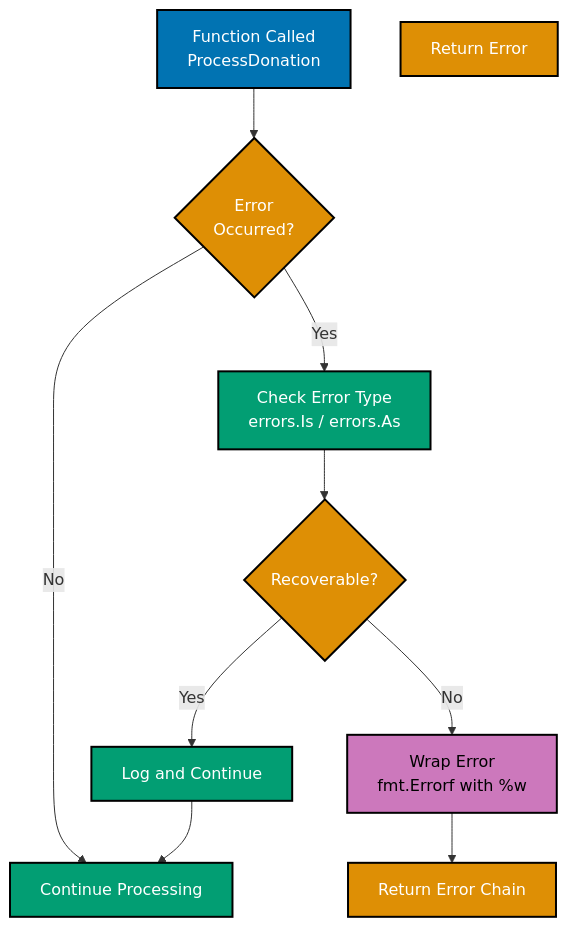
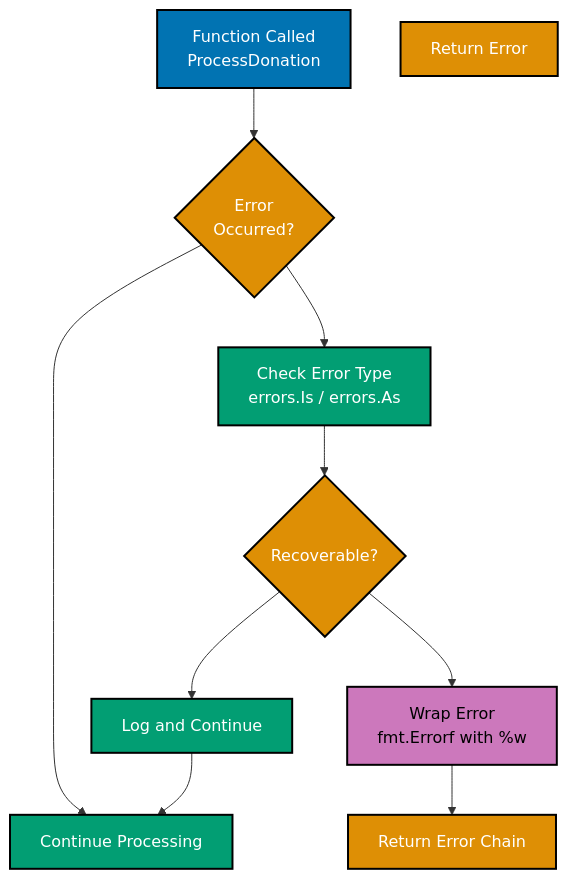
One commit to wahidyankf/ose-primer changed the third of 4 diagrams in docs/explanation/software-engineering/programming-languages/golang/error-handling-standards.md. Above: the diagram before and after it, drawn with Mermaid. The commit also changed other lines of this file and 11 other files, not shown here.

Commit message:
fix(docs): fix mermaid violations in golang/ docs (batch 3/10)

````diff
--- a/docs/explanation/software-engineering/programming-languages/golang/error-handling-standards.md
+++ b/docs/explanation/software-engineering/programming-languages/golang/error-handling-standards.md
@@ -2129,29 +2128,29 @@
 ```mermaid
 %% Color Palette: Blue #0173B2, Orange #DE8F05, Teal #029E73, Purple #CC78BC
 %% Error handling decision flow for donation processing
 
 graph TD
     A["Function Called<br/>ProcessDonation"]:::blue
     B{"Error<br/>Occurred?"}:::orange
     C["Check Error Type<br/>errors.Is / errors.As"]:::teal
     D["Wrap Error<br/>fmt.Errorf with %w"]:::purple
     E["Return Error Chain"]:::orange
     F["Continue Processing"]:::teal
     G{"Recoverable?"}:::orange
     H["Log and Continue"]:::teal
     I["Return Error"]:::orange
 
     A --> B
-    B -->|"Yes"| C
-    B -->|"No"| F
+    B --> C
+    B --> F
     C --> G
-    G -->|"Yes"| H
-    G -->|"No"| D
+    G --> H
+    G --> D
     D --> E
     H --> F
 
     classDef blue fill:#0173B2,stroke:#000000,color:#FFFFFF,stroke-width:2px
     classDef orange fill:#DE8F05,stroke:#000000,color:#FFFFFF,stroke-width:2px
     classDef teal fill:#029E73,stroke:#000000,color:#FFFFFF,stroke-width:2px
     classDef purple fill:#CC78BC,stroke:#000000,color:#000000,stroke-width:2px
 ```
````
